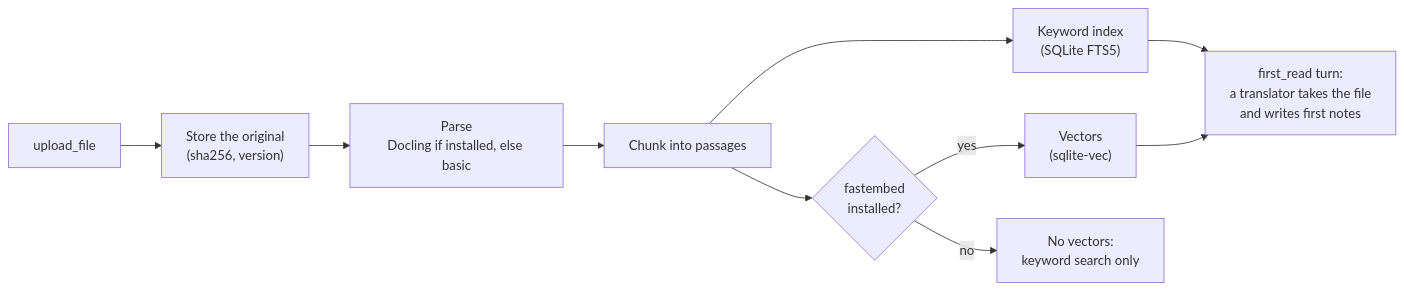
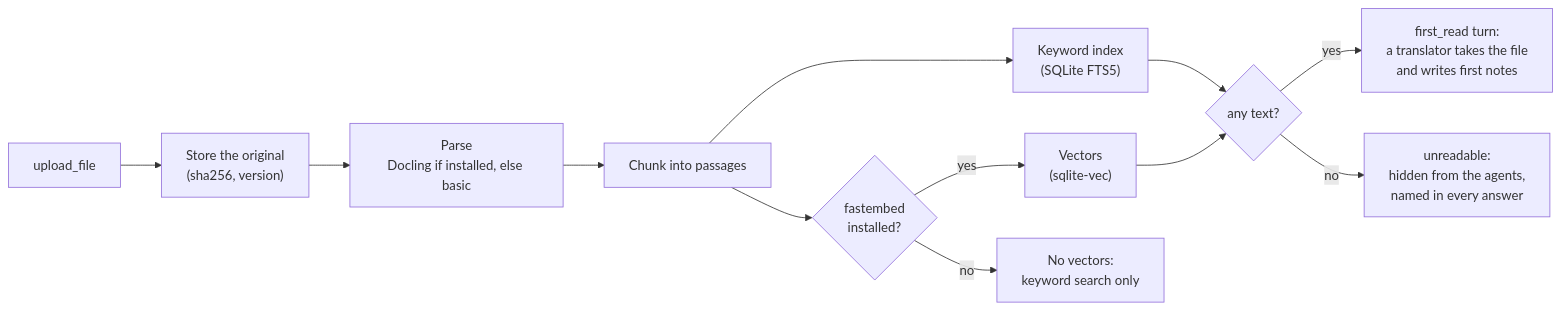
Before and after one commit to safakatakancelik/TalkWithYourFiles: the second of 5 diagrams in docs/how-it-works.md, drawn with Mermaid. The commit also changed other lines of this file and 3 other files, not shown here.

````diff
--- a/docs/how-it-works.md
+++ b/docs/how-it-works.md
@@ -80,12 +80,14 @@
 ```mermaid
 flowchart LR
     Up["upload_file"] --> Store["Store the original<br/>(sha256, version)"]
     Store --> Parse["Parse<br/>Docling if installed, else basic"]
     Parse --> Chunk["Chunk into passages"]
     Chunk --> FTS["Keyword index<br/>(SQLite FTS5)"]
     Chunk --> Emb{"fastembed<br/>installed?"}
     Emb -- yes --> Vec["Vectors<br/>(sqlite-vec)"]
     Emb -- no --> Skip["No vectors:<br/>keyword search only"]
-    FTS --> FR["first_read turn:<br/>a translator takes the file<br/>and writes first notes"]
-    Vec --> FR
+    FTS --> Text{"any text?"}
+    Vec --> Text
+    Text -- yes --> FR["first_read turn:<br/>a translator takes the file<br/>and writes first notes"]
+    Text -- no --> Unr["unreadable:<br/>hidden from the agents,<br/>named in every answer"]
 ```
````
